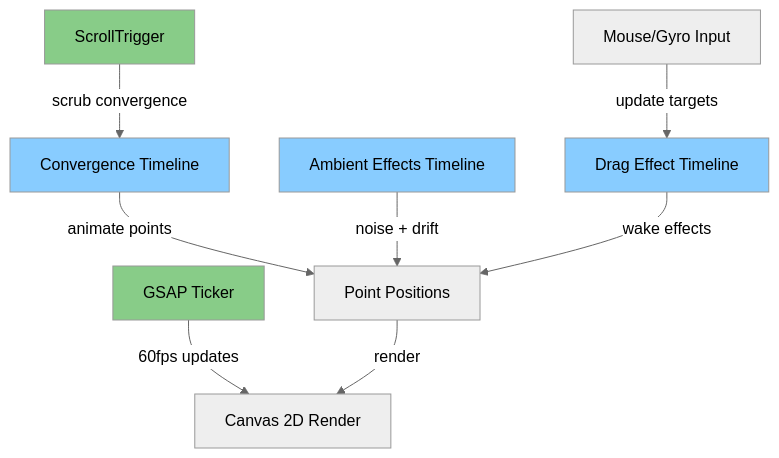
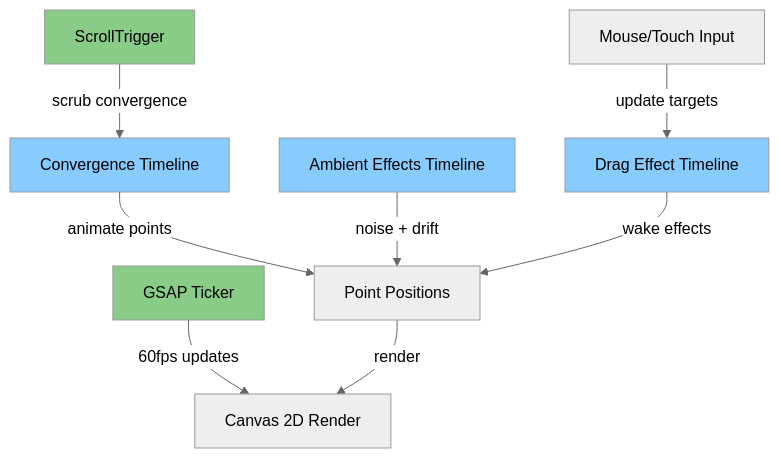
One commit to dakotadahl/Warp-Lines changed the diagram in .cursor/plans/gsap_full_rewrite_6ae6cb0e.plan.md. Above: the diagram before and after it, drawn with Mermaid (neutral theme). The commit also changed other lines of this file and 9 other files, not shown here.

````diff
--- a/.cursor/plans/gsap_full_rewrite_6ae6cb0e.plan.md
+++ b/.cursor/plans/gsap_full_rewrite_6ae6cb0e.plan.md
@@ -71,18 +71,18 @@
 ```mermaid
 graph TB
     ScrollTrigger[ScrollTrigger] -->|scrub convergence| ConvergenceTimeline[Convergence Timeline]
-    UserInput[Mouse/Gyro Input] -->|update targets| DragTimeline[Drag Effect Timeline]
+    UserInput[Mouse/Touch Input] -->|update targets| DragTimeline[Drag Effect Timeline]
     GSAPTicker[GSAP Ticker] -->|60fps updates| Render[Canvas 2D Render]
     
     ConvergenceTimeline -->|animate points| PointPositions[Point Positions]
     AmbientTimeline[Ambient Effects Timeline] -->|noise + drift| PointPositions
     DragTimeline -->|wake effects| PointPositions
     
     PointPositions -->|render| Render
     
     style ScrollTrigger fill:#88cc88
     style GSAPTicker fill:#88cc88
     style ConvergenceTimeline fill:#88ccff
     style AmbientTimeline fill:#88ccff
     style DragTimeline fill:#88ccff
 ```
````
